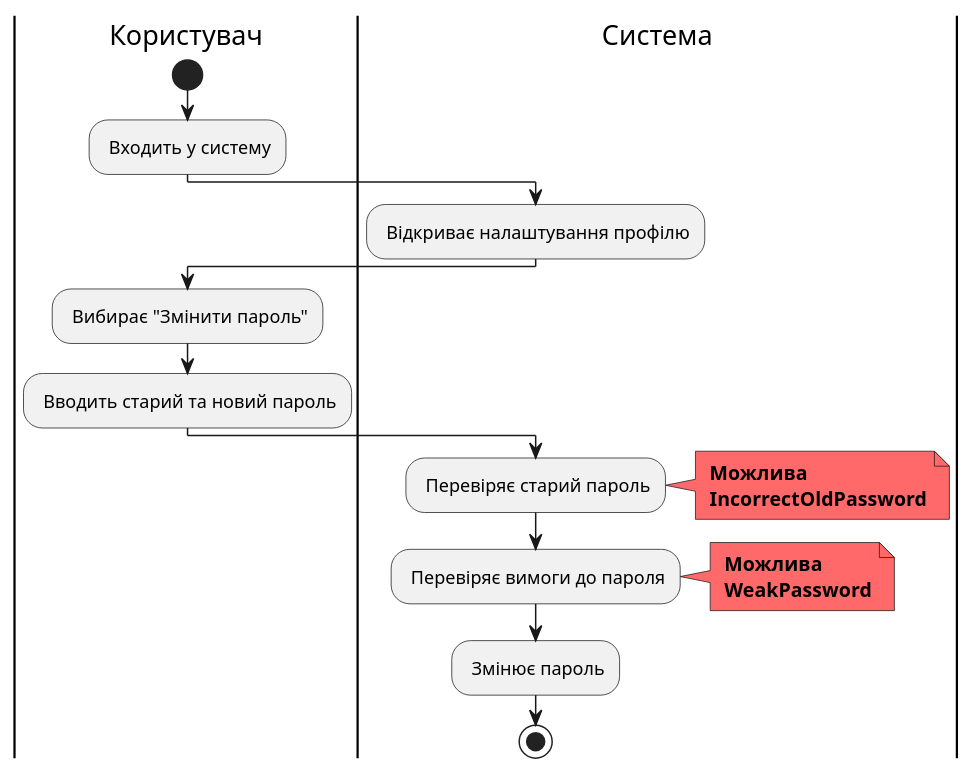
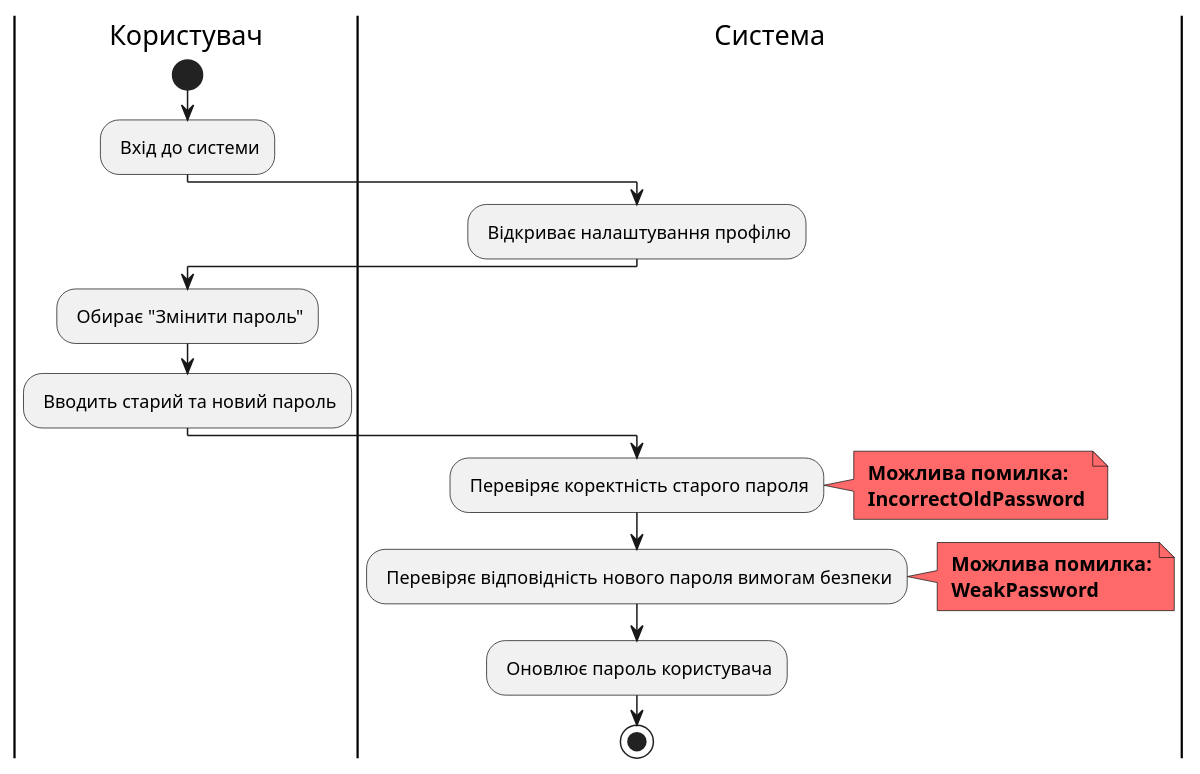
The eighth of 13 diagrams in docs/use cases/README.md (tyntyntynnnn/edu_db_labs), drawn with PlantUML before and after one commit. The commit also changed other lines of this file, not shown here.

Commit message:
diagrams

```diff
--- a/docs/use cases/README.md
+++ b/docs/use cases/README.md
@@ -380,31 +376,30 @@
 @startuml
 
-    |Користувач|
-    start;
-    : Входить у систему;
-    
-    |Система|
-    : Відкриває налаштування профілю;
-    
-    |Користувач|
-    : Вибирає "Змінити пароль";
-    : Вводить старий та новий пароль;
-    
-    |Система|
-    : Перевіряє старий пароль;
-    note right #FF6969
-    <b> Можлива
-    <b> IncorrectOldPassword
-    end note
-    
-    : Перевіряє вимоги до пароля;
-    note right #FF6969
-    <b> Можлива
-    <b> WeakPassword
-    end note
-    
-    : Змінює пароль;
-    
-    stop;
+|Користувач|
+start;
+: Вхід до системи;
 
+|Система|
+: Відкриває налаштування профілю;
+
+|Користувач|
+: Обирає "Змінити пароль";
+: Вводить старий та новий пароль;
+
+|Система|
+: Перевіряє коректність старого пароля;
+note right #FF6969
+<b> Можлива помилка:
+<b> IncorrectOldPassword
+end note
+
+: Перевіряє відповідність нового пароля вимогам безпеки;
+note right #FF6969
+<b> Можлива помилка:
+<b> WeakPassword
+end note
+
+: Оновлює пароль користувача;
+
+stop;
 @enduml
```
